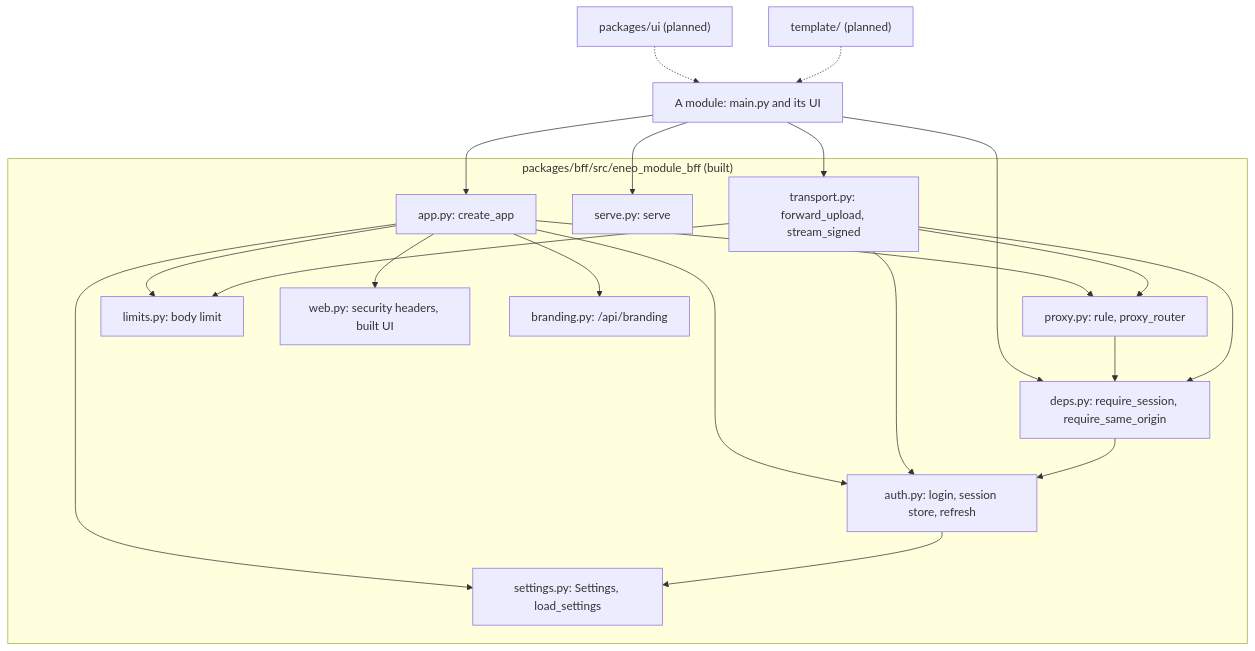
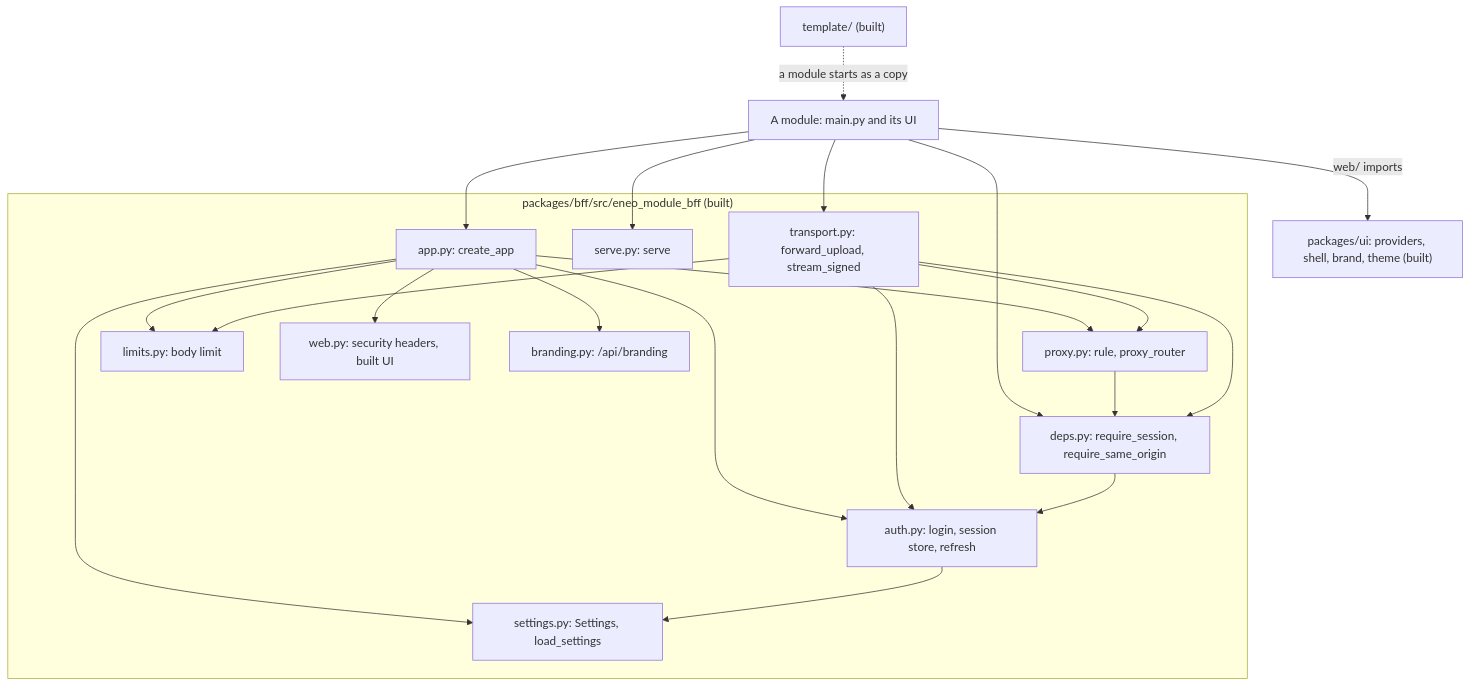
The first of 13 diagrams in docs/architecture.md (eneo-ai/eneo-module-kit), drawn with Mermaid before and after one commit. The commit also changed other lines of this file and 20 other files, not shown here.

Commit message:
docs: the UI package and the template are built: new-module and ui-package guides, module contract, architecture, decisions and index brought up to date

````diff
--- a/docs/architecture.md
+++ b/docs/architecture.md
@@ -24,37 +24,37 @@
 ```mermaid
 flowchart TB
   module["A module: main.py and its UI"]
   subgraph bff["packages/bff/src/eneo_module_bff (built)"]
     app["app.py: create_app"]
     serve["serve.py: serve"]
     deps["deps.py: require_session, require_same_origin"]
     transport["transport.py: forward_upload, stream_signed"]
     proxy["proxy.py: rule, proxy_router"]
     limits["limits.py: body limit"]
     auth["auth.py: login, session store, refresh"]
     web["web.py: security headers, built UI"]
     branding["branding.py: /api/branding"]
     settings["settings.py: Settings, load_settings"]
   end
-  ui["packages/ui (planned)"]
-  tpl["template/ (planned)"]
+  ui["packages/ui: providers, shell, brand, theme (built)"]
+  tpl["template/ (built)"]
   module --> app
   module --> serve
   module --> deps
   module --> transport
+  module -->|"web/ imports"| ui
   app --> auth
   app --> proxy
   app --> limits
   app --> web
   app --> branding
   app --> settings
   proxy --> deps
   transport --> deps
   transport --> proxy
   transport --> limits
   transport --> auth
   deps --> auth
   auth --> settings
-  ui -.-> module
-  tpl -.-> module
+  tpl -.->|"a module starts as a copy"| module
 ```
````
